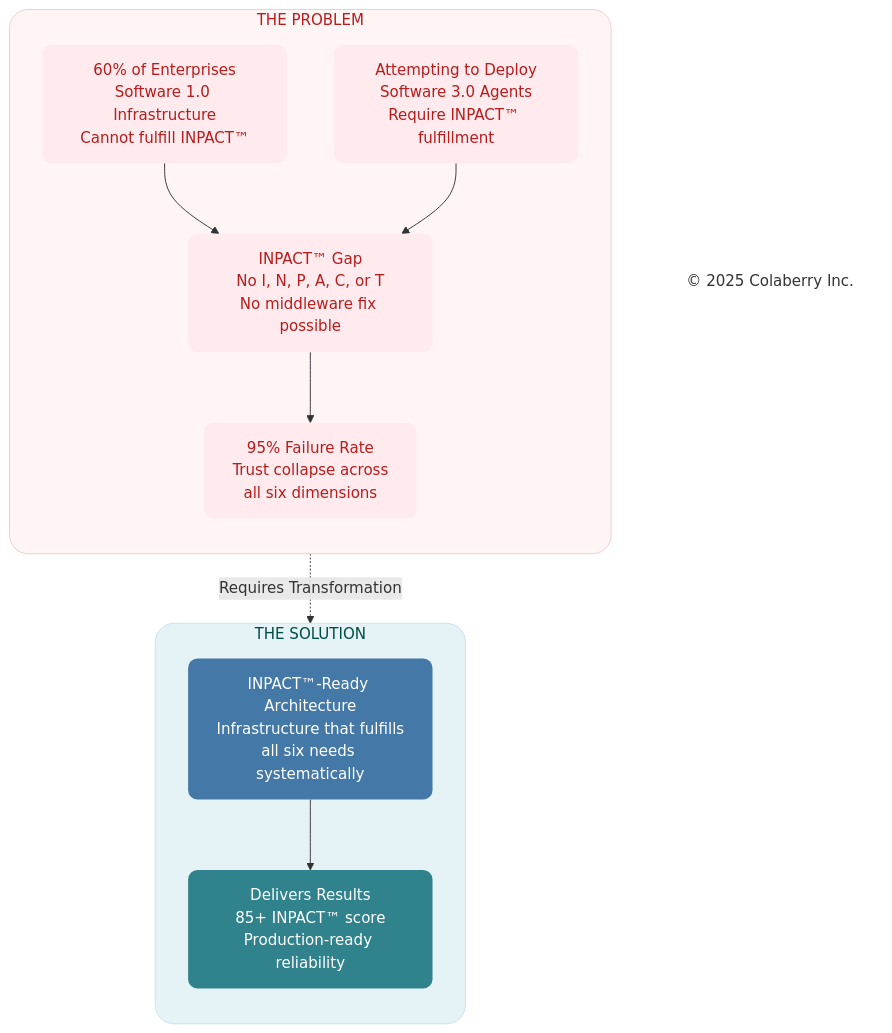
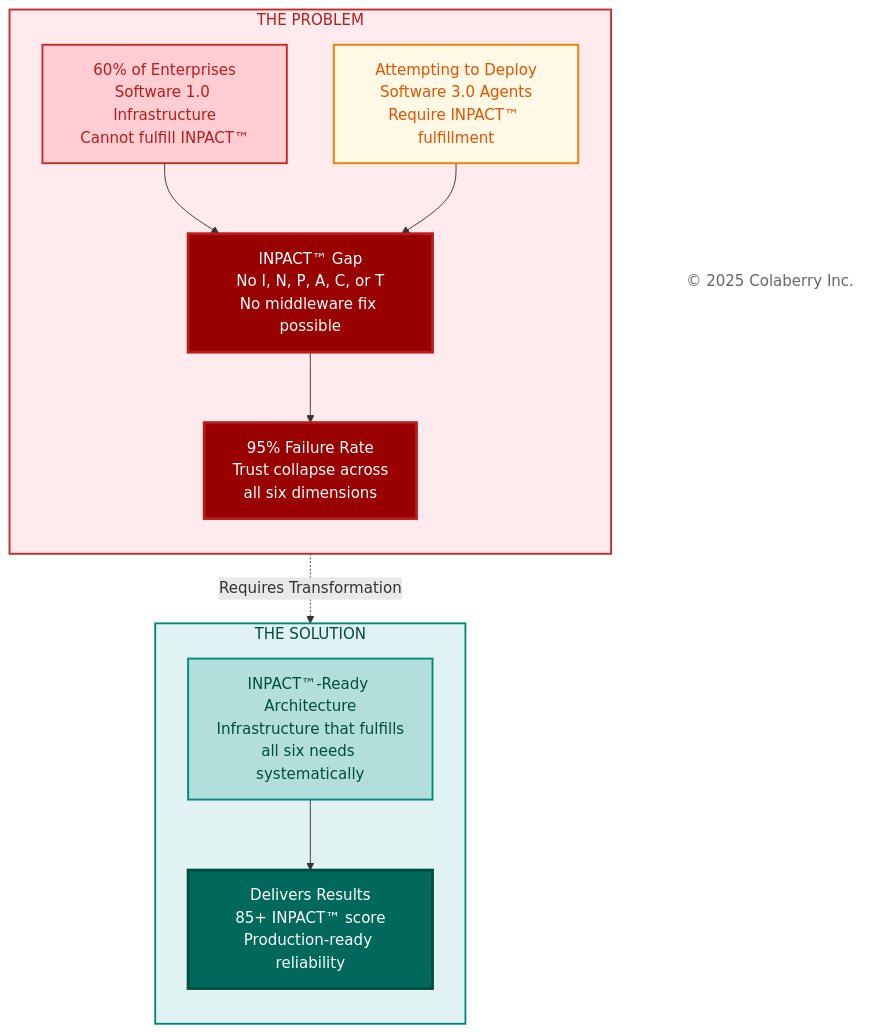
The fourth of 6 diagrams in manuscript/02_chapter_1_why_agents_fail.md (saitejesh-cyber/trust-before-intelligence-book), drawn with Mermaid before and after one commit. The commit also changed other lines of this file and 12 other files, not shown here.

Commit message:
Restore legacy Mermaid styles for Option 1

````diff
--- a/manuscript/02_chapter_1_why_agents_fail.md
+++ b/manuscript/02_chapter_1_why_agents_fail.md
@@ -478,43 +476,43 @@
 ```mermaid
 
 graph TB
     subgraph PROBLEM["THE PROBLEM"]
         direction TB
         current["60% of Enterprises<br/>Software 1.0 Infrastructure<br/>Cannot fulfill INPACT™"]
         
         attempting["Attempting to Deploy<br/>Software 3.0 Agents<br/>Require INPACT™ fulfillment"]
         
         gap["INPACT™ Gap<br/>No I, N, P, A, C, or T<br/>No middleware fix possible"]
         
         result["95% Failure Rate<br/>Trust collapse across<br/>all six dimensions"]
         
         current --> gap
         attempting --> gap
         gap --> result
     end
     
     subgraph SOLUTION["THE SOLUTION"]
         direction TB
         transform["INPACT™-Ready Architecture<br/>Infrastructure that fulfills<br/>all six needs systematically"]
         
         delivers["Delivers Results<br/>85+ INPACT™ score<br/>Production-ready reliability"]
         
         transform --> delivers
     end
     
     result -.->|"Requires Transformation"| transform
     
     Copyright["© 2025 Colaberry Inc."]
-
-    %% PROBLEM — FAILURE / BI-ERA
-    style PROBLEM fill:#fff5f5,stroke:#f2caca,stroke-width:1px,color:#b71c1c,rx:20,ry:20
-    style current fill:#ffebee,stroke:none,color:#b71c1c,rx:10,ry:10
-    style attempting fill:#ffebee,stroke:none,color:#b71c1c,rx:10,ry:10
-    style gap fill:#ffebee,stroke:none,color:#b71c1c,rx:10,ry:10
-    style result fill:#ffebee,stroke:none,color:#b71c1c,rx:10,ry:10
-    style SOLUTION fill:#e6f3f6,stroke:#c7e3ea,stroke-width:1px,color:#004d40,rx:20,ry:20
-    style transform fill:#4478A6,stroke:none,color:#ffffff,rx:10,ry:10
-    style delivers fill:#30838C,stroke:none,color:#ffffff,rx:10,ry:10
-    style Copyright fill:none,stroke:none,color:#333333
+    
+    style PROBLEM fill:#ffebee,stroke:#c62828,stroke-width:2px,color:#b71c1c
+    style current fill:#ffcdd2,stroke:#c62828,stroke-width:2px,color:#b71c1c
+    style attempting fill:#fff9e6,stroke:#f57c00,stroke-width:2px,color:#e65100
+    style gap fill:#990000,color:#ffffff,stroke:#b71c1c,stroke-width:3px
+    style result fill:#990000,color:#ffffff,stroke:#b71c1c,stroke-width:3px
+    
+    style SOLUTION fill:#e0f2f1,stroke:#00897b,stroke-width:2px,color:#004d40
+    style transform fill:#b2dfdb,stroke:#00897b,stroke-width:2px,color:#004d40
+    style delivers fill:#00695c,color:#ffffff,stroke:#004d40,stroke-width:3px
+    style Copyright fill:#ffffff,stroke:none,color:#666666
 
 ```
````
